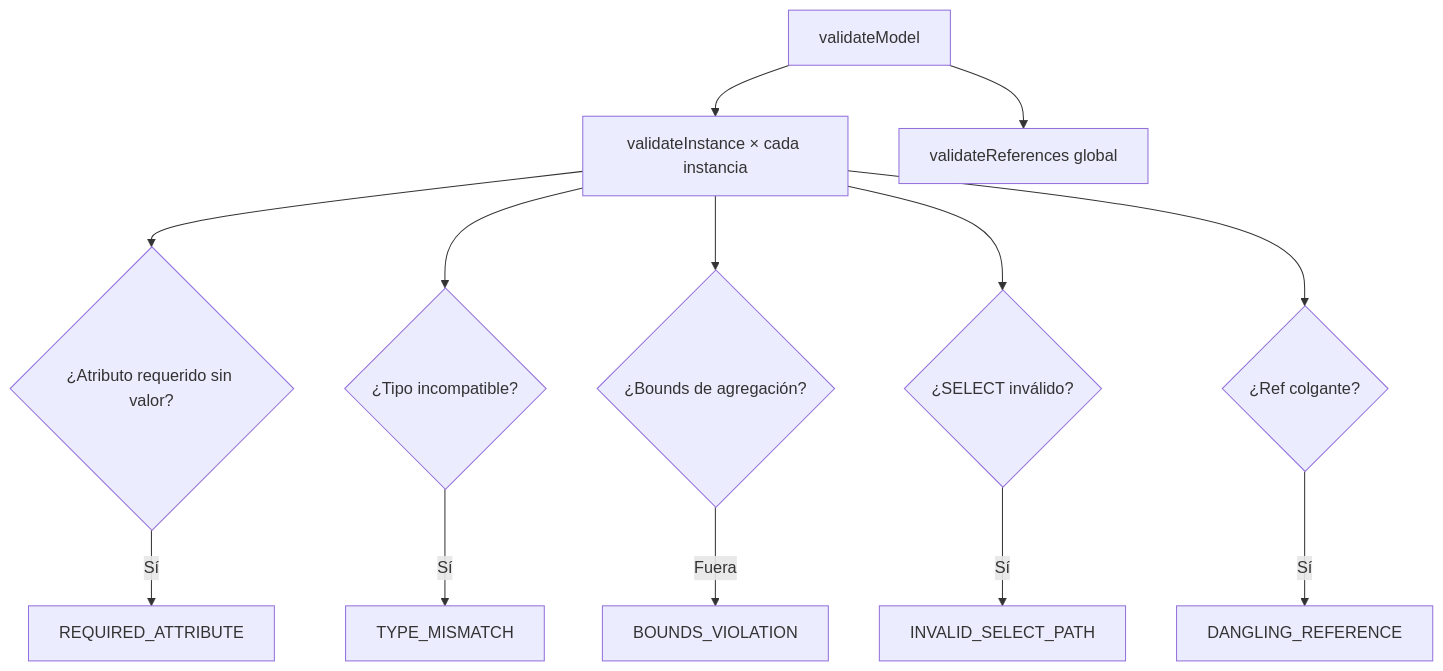
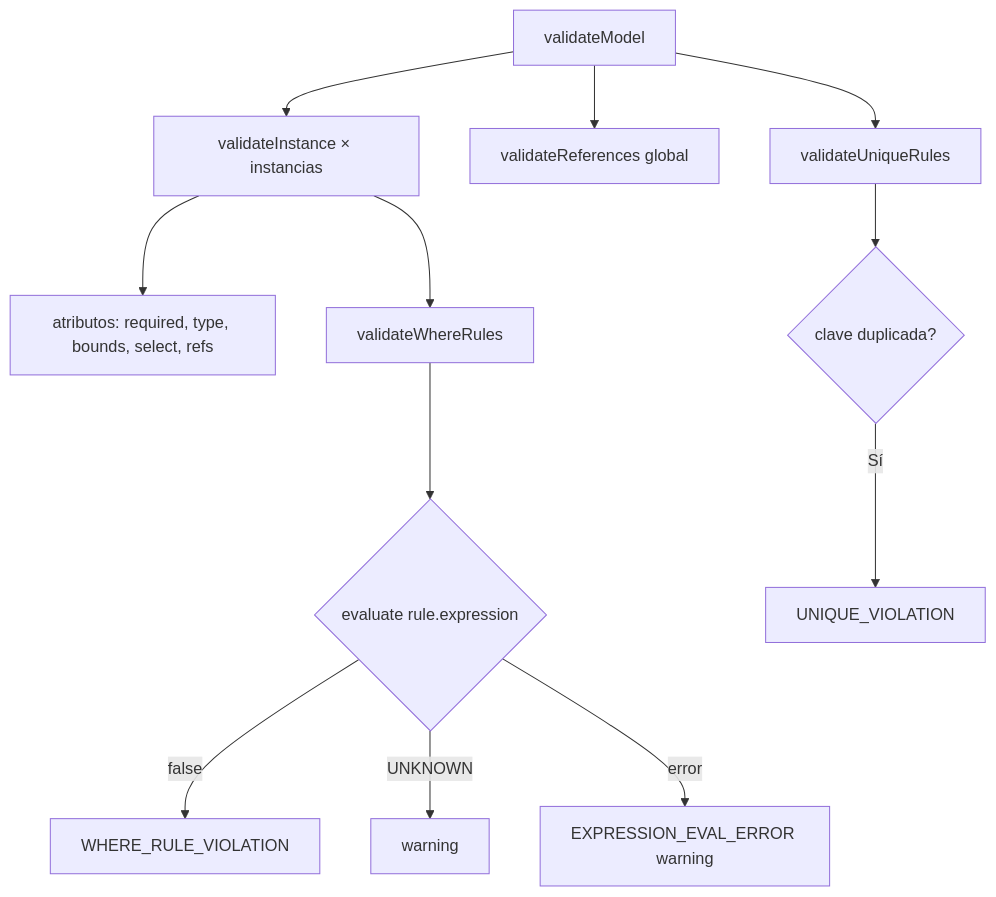
The fourth of 4 diagrams in packages/step-factory/ARCHITECTURE.md (EfrainRodriguez/step-nc), drawn with Mermaid before and after one commit. The commit also changed other lines of this file and 29 other files, not shown here.

Commit message:
feat(step-factory): add multi-schema, derived attrs & expr eval to StepModel

````diff
--- a/packages/step-factory/ARCHITECTURE.md
+++ b/packages/step-factory/ARCHITECTURE.md
@@ -173,15 +178,14 @@
 ```mermaid
 flowchart TB
-  A[validateModel] --> B[validateInstance × cada instancia]
-  B --> C{¿Atributo requerido sin valor?}
-  C -->|Sí| D[REQUIRED_ATTRIBUTE]
-  B --> E{¿Tipo incompatible?}
-  E -->|Sí| F[TYPE_MISMATCH]
-  B --> G{¿Bounds de agregación?}
-  G -->|Fuera| H[BOUNDS_VIOLATION]
-  B --> I{¿SELECT inválido?}
-  I -->|Sí| J[INVALID_SELECT_PATH]
-  B --> K{¿Ref colgante?}
-  K -->|Sí| L[DANGLING_REFERENCE]
-  A --> M[validateReferences global]
+  A[validateModel] --> B[validateInstance × instancias]
+  B --> C[atributos: required, type, bounds, select, refs]
+  B --> D[validateWhereRules]
+  D --> E{evaluate rule.expression}
+  E -->|false| F[WHERE_RULE_VIOLATION]
+  E -->|UNKNOWN| G[warning]
+  E -->|error| H[EXPRESSION_EVAL_ERROR warning]
+  A --> I[validateReferences global]
+  A --> J[validateUniqueRules]
+  J --> K{clave duplicada?}
+  K -->|Sí| L[UNIQUE_VIOLATION]
 ```
````
